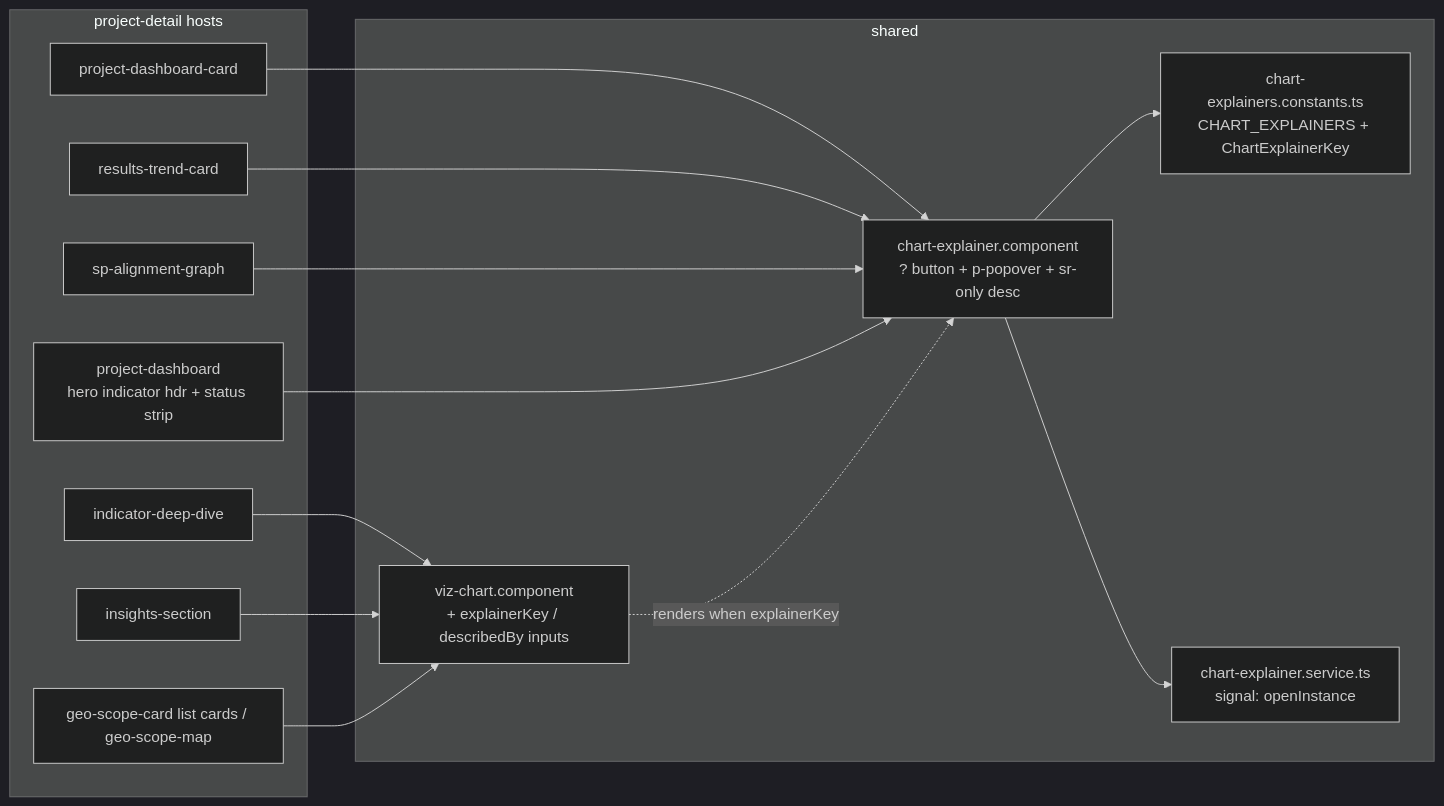
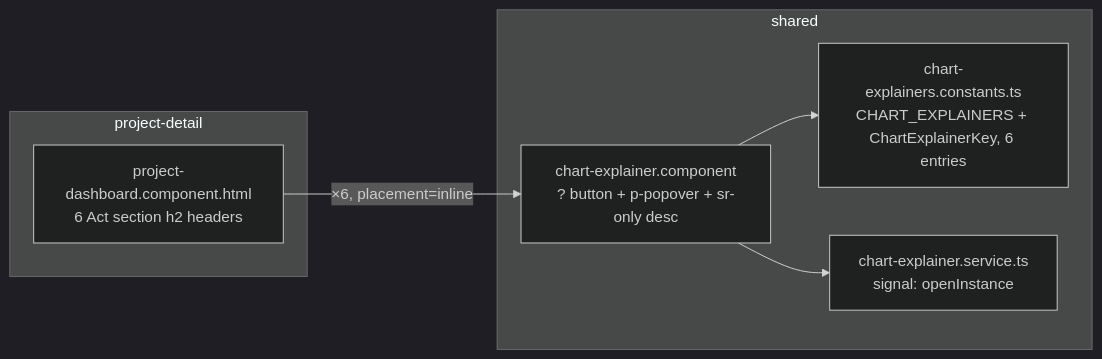
The diagram in docs/specs/changes/chart-explainers/design.md (AllianceBioversityCIAT/alliance-research-indicators-main), drawn with Mermaid (dark theme) before and after one commit. The commit also changed other lines of this file and 3 other files, not shown here.

Commit message:
[SPEC:changes/chart-explainers] docs(specs): pivot to section-level explainers — 6 Act keys, one host; D-CXP-10; per-chart design superseded (owner decision)

````diff
--- a/docs/specs/changes/chart-explainers/design.md
+++ b/docs/specs/changes/chart-explainers/design.md
@@ -46,21 +51,13 @@
 ```mermaid
 graph LR
   subgraph shared
-    REG[chart-explainers.constants.ts<br/>CHART_EXPLAINERS + ChartExplainerKey]
+    REG[chart-explainers.constants.ts<br/>CHART_EXPLAINERS + ChartExplainerKey, 6 entries]
     SVC[chart-explainer.service.ts<br/>signal: openInstance]
     CX[chart-explainer.component<br/>? button + p-popover + sr-only desc]
-    VZ[viz-chart.component<br/>+ explainerKey / describedBy inputs]
   end
-  subgraph project-detail hosts
-    CARD[project-dashboard-card] --> CX
-    TREND[results-trend-card] --> CX
-    SP[sp-alignment-graph] --> CX
-    DASH[project-dashboard<br/>hero indicator hdr + status strip] --> CX
-    DEEP[indicator-deep-dive] --> VZ
-    INS[insights-section] --> VZ
-    GEO[geo-scope-card list cards / geo-scope-map] --> VZ
+  subgraph project-detail
+    DASH[project-dashboard.component.html<br/>6 Act section h2 headers] -->|"×6, placement=inline"| CX
   end
   CX --> REG
   CX --> SVC
-  VZ -. renders when explainerKey .-> CX
 ```
````
